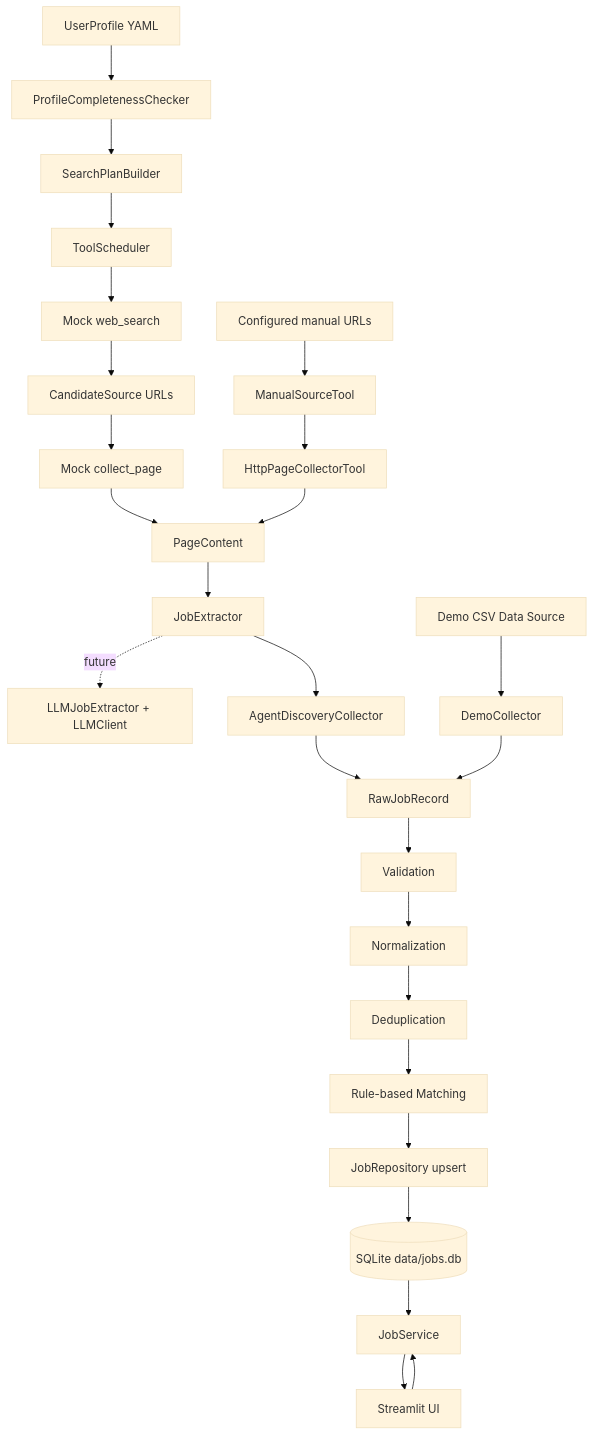
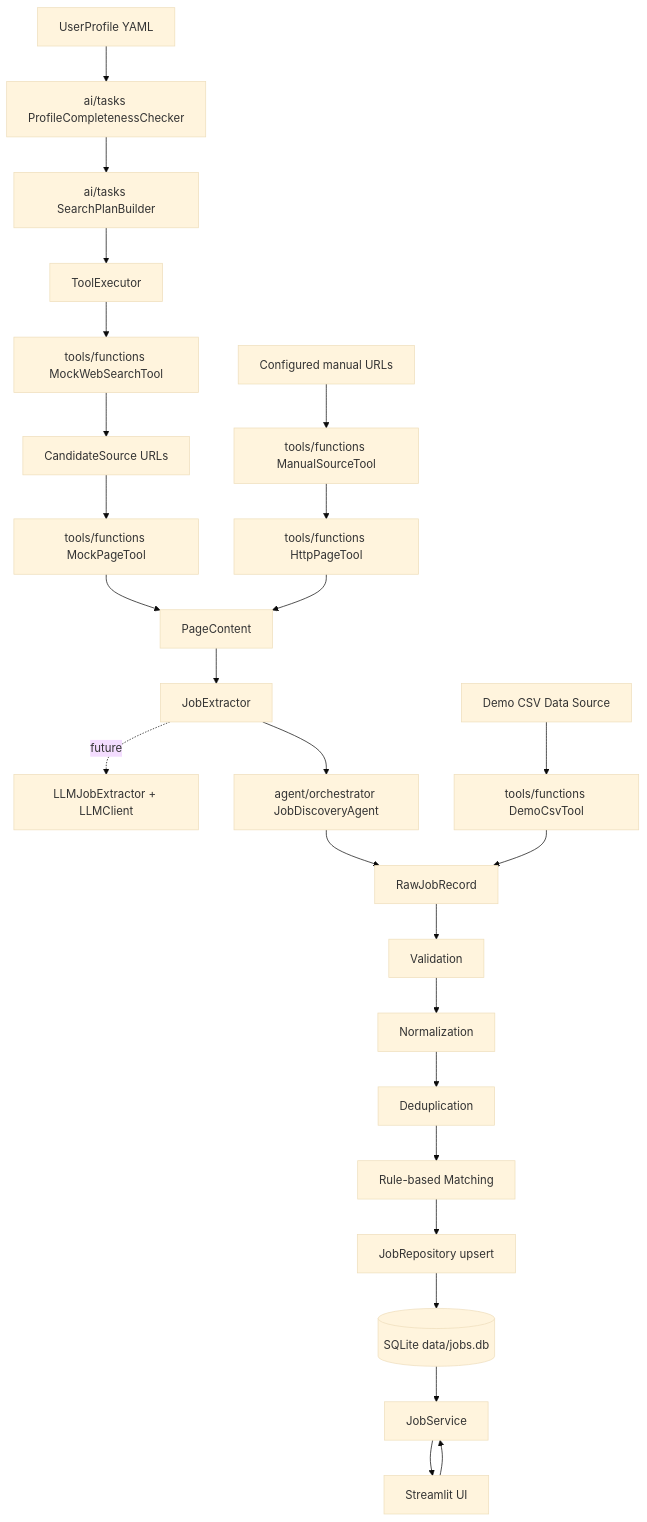
Before and after one commit to fyinran-netizen/job_search_radar: the diagram in docs/architecture.md, drawn with Mermaid (base theme). The commit also changed other lines of this file and 78 other files, not shown here.

Commit message:
Restructure agent skills and tool execution layers

````diff
--- a/docs/architecture.md
+++ b/docs/architecture.md
@@ -7,28 +18,28 @@
 ```mermaid
 flowchart TD
-    Profile[UserProfile YAML] --> Check[ProfileCompletenessChecker]
-    Check --> Plan[SearchPlanBuilder]
-    Plan --> Scheduler[ToolScheduler]
-    Scheduler --> Search[Mock web_search]
+    Profile[UserProfile YAML] --> Check[ai/tasks ProfileCompletenessChecker]
+    Check --> Plan[ai/tasks SearchPlanBuilder]
+    Plan --> Executor[ToolExecutor]
+    Executor --> Search[tools/functions MockWebSearchTool]
     Search --> Sources[CandidateSource URLs]
-    Sources --> PageTool[Mock collect_page]
-    ManualSources[Configured manual URLs] --> ManualTool[ManualSourceTool]
-    ManualTool --> HttpPageTool[HttpPageCollectorTool]
+    Sources --> PageTool[tools/functions MockPageTool]
+    ManualSources[Configured manual URLs] --> ManualTool[tools/functions ManualSourceTool]
+    ManualTool --> HttpPageTool[tools/functions HttpPageTool]
     HttpPageTool --> Pages
     PageTool --> Pages[PageContent]
     Pages --> Extract[JobExtractor]
     Extract -. future .-> LLMExtract[LLMJobExtractor + LLMClient]
-    Extract --> AgentCollector[AgentDiscoveryCollector]
-    CSV[Demo CSV Data Source] --> Collector[DemoCollector]
-    Collector --> Raw[RawJobRecord]
-    AgentCollector --> Raw
+    Extract --> Agent[agent/orchestrator JobDiscoveryAgent]
+    CSV[Demo CSV Data Source] --> DemoTool[tools/functions DemoCsvTool]
+    DemoTool --> Raw[RawJobRecord]
+    Agent --> Raw
     Raw --> Validation[Validation]
     Validation --> Normalization[Normalization]
     Normalization --> Deduplication[Deduplication]
     Deduplication --> Matching[Rule-based Matching]
     Matching --> Repository[JobRepository upsert]
     Repository --> SQLite[(SQLite data/jobs.db)]
     SQLite --> JobService[JobService]
     JobService --> Streamlit[Streamlit UI]
     Streamlit --> JobService
 ```
````
